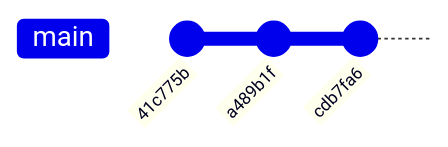
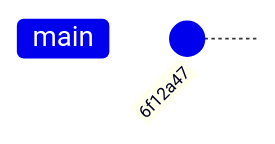
One commit to MetOffice/git-novice changed the second of 3 diagrams in episodes/09-branches.md. Above: the diagram before and after it, drawn with Mermaid. The commit also changed other lines of this file and 22 other files, not shown here.

````diff
--- a/episodes/09-branches.md
+++ b/episodes/09-branches.md
@@ -117,7 +73,5 @@
 ```mermaid
     gitGraph
-        accDescr {A git graph showing three commits to the main branch.}
-        commit id: '41c775b'
-        commit id: 'a489b1f'
-        commit id: 'cdb7fa6'
+        accDescr {A git graph showing one commit, the root-commit on the main branch.}
+        commit id: '6f12a47'
 ```
````
